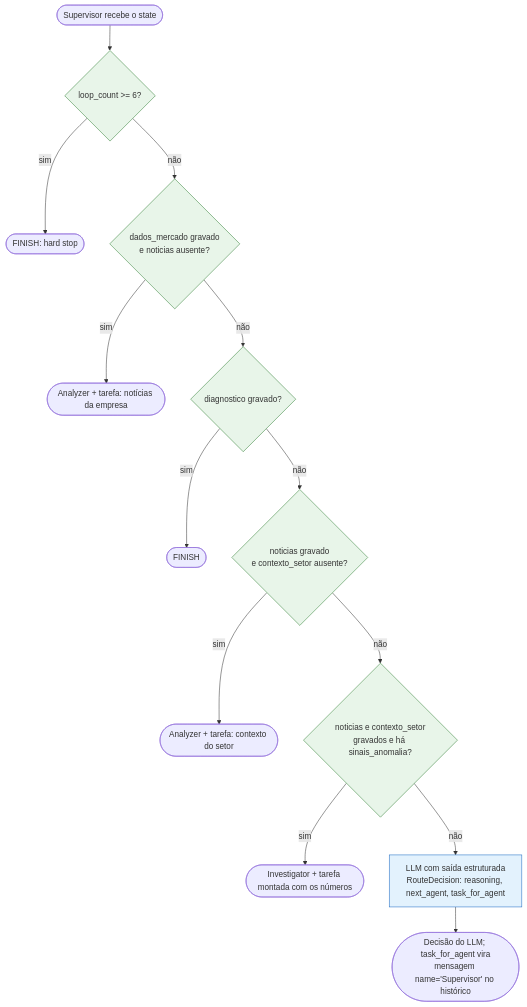
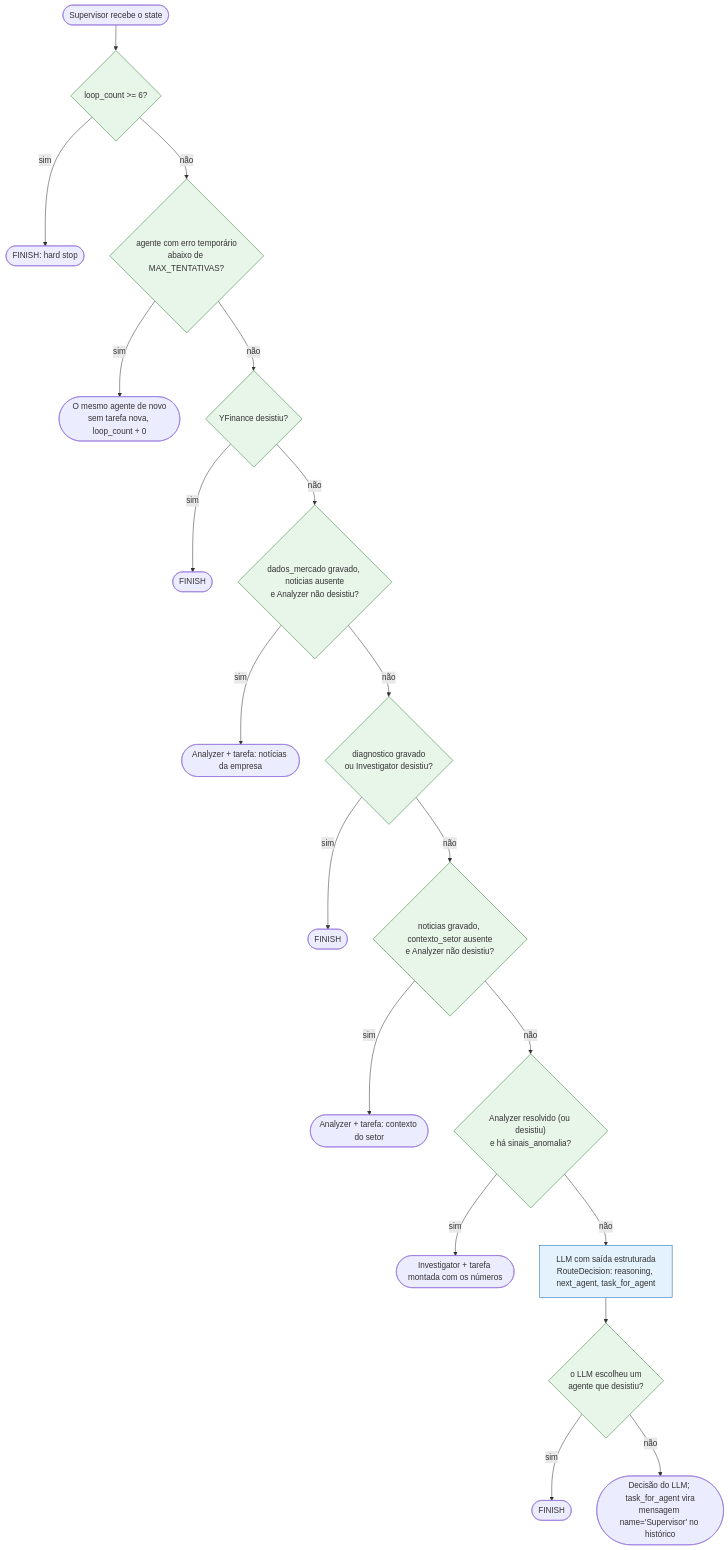
Before and after one commit to igorc22/pipeline-inteligencia-financeira-b3: the second of 7 diagrams in docs/arquitetura.md, drawn with Mermaid. The commit also changed other lines of this file and 1 other file, not shown here.

````diff
--- a/docs/arquitetura.md
+++ b/docs/arquitetura.md
@@ -70,20 +72,26 @@
 ```mermaid
 flowchart TD
     E(["Supervisor recebe o state"]) --> H{"loop_count >= 6?"}
     H -->|sim| FIN1(["FINISH: hard stop"])
-    H -->|não| G1{"dados_mercado gravado<br/>e noticias ausente?"}
+    H -->|não| GE{"agente com erro temporário<br/>abaixo de MAX_TENTATIVAS?"}
+    GE -->|sim| RE(["O mesmo agente de novo<br/>sem tarefa nova, loop_count + 0"])
+    GE -->|não| GY{"YFinance desistiu?"}
+    GY -->|sim| FIN3(["FINISH"])
+    GY -->|não| G1{"dados_mercado gravado, noticias ausente<br/>e Analyzer não desistiu?"}
     G1 -->|sim| AN(["Analyzer + tarefa: notícias da empresa"])
-    G1 -->|não| G2{"diagnostico gravado?"}
+    G1 -->|não| G2{"diagnostico gravado<br/>ou Investigator desistiu?"}
     G2 -->|sim| FIN2(["FINISH"])
-    G2 -->|não| G4{"noticias gravado<br/>e contexto_setor ausente?"}
+    G2 -->|não| G4{"noticias gravado, contexto_setor ausente<br/>e Analyzer não desistiu?"}
     G4 -->|sim| SET(["Analyzer + tarefa: contexto do setor"])
-    G4 -->|não| G3{"noticias e contexto_setor<br/>gravados e há sinais_anomalia?"}
+    G4 -->|não| G3{"Analyzer resolvido (ou desistiu)<br/>e há sinais_anomalia?"}
     G3 -->|sim| INV(["Investigator + tarefa montada com os números"])
     G3 -->|não| LLM["LLM com saída estruturada<br/>RouteDecision: reasoning, next_agent, task_for_agent"]
-    LLM --> D(["Decisão do LLM; task_for_agent vira<br/>mensagem name='Supervisor' no histórico"])
+    LLM --> GD{"o LLM escolheu um<br/>agente que desistiu?"}
+    GD -->|sim| FIN4(["FINISH"])
+    GD -->|não| D(["Decisão do LLM; task_for_agent vira<br/>mensagem name='Supervisor' no histórico"])
 
     classDef guard fill:#e8f5e9,stroke:#2e7d32
     classDef llm fill:#e3f2fd,stroke:#1565c0
-    class H,G1,G2,G4,G3 guard
+    class H,GE,GY,G1,G2,G4,G3,GD guard
     class LLM llm
 ```
````
